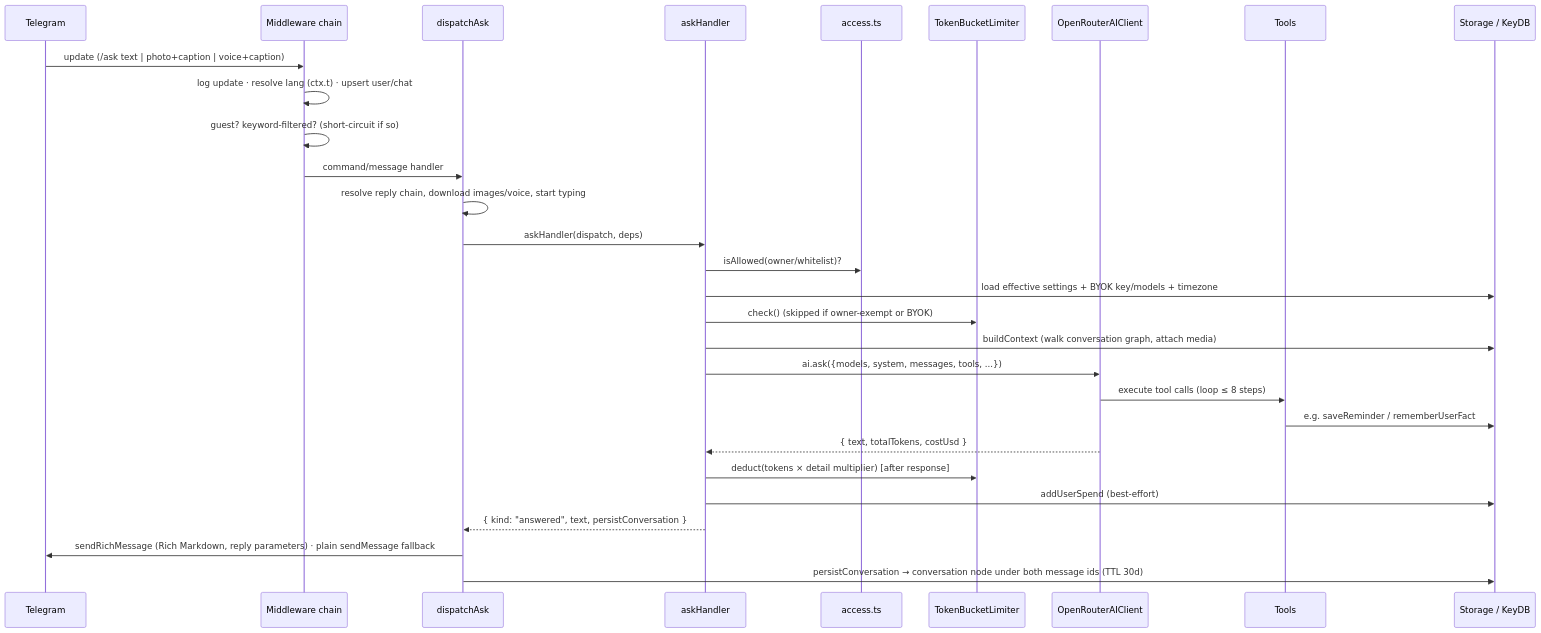
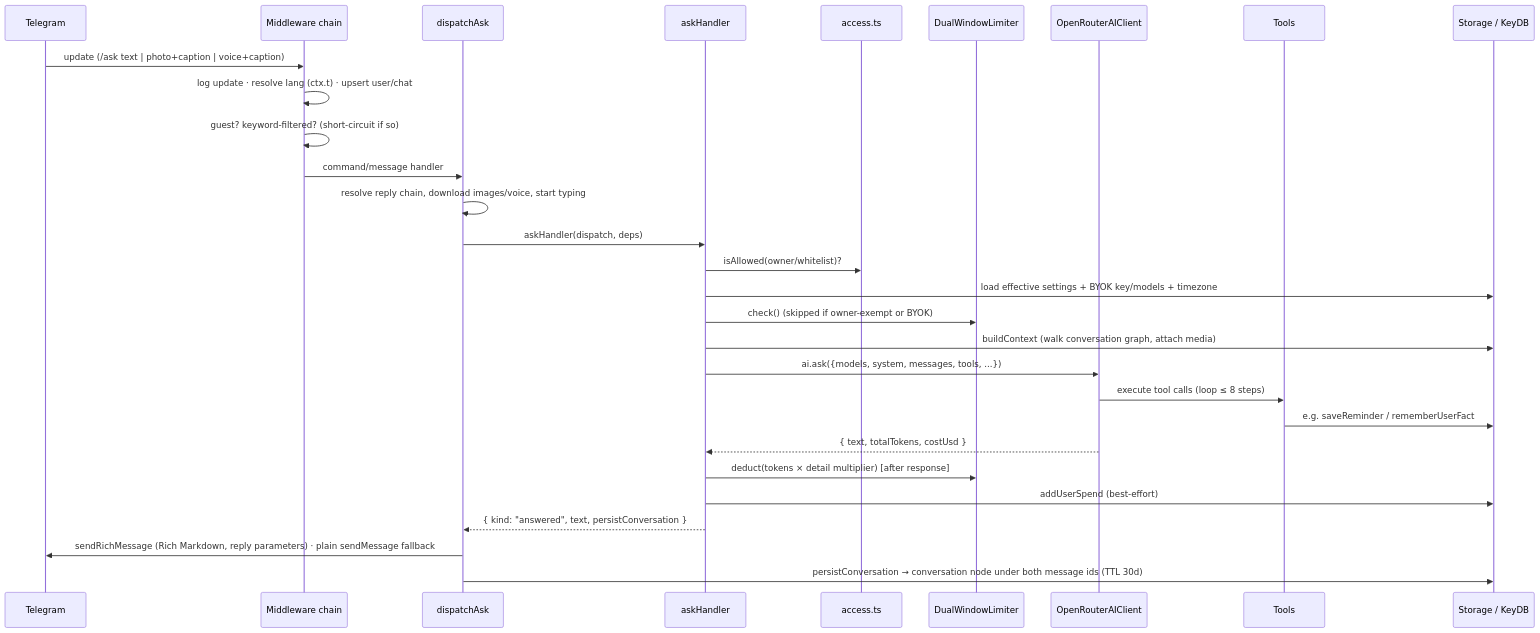
Before and after one commit to The-Fisher-Slopworks-Co/any_talker: the second of 3 diagrams in docs/ARCHITECTURE.md, drawn with Mermaid. The commit also changed other lines of this file and 32 other files, not shown here.

````diff
--- a/docs/ARCHITECTURE.md
+++ b/docs/ARCHITECTURE.md
@@ -314,32 +314,32 @@
 ```mermaid
 sequenceDiagram
     participant TG as Telegram
     participant MW as Middleware chain
     participant D as dispatchAsk
     participant H as askHandler
     participant ACC as access.ts
-    participant RL as TokenBucketLimiter
+    participant RL as DualWindowLimiter
     participant AI as OpenRouterAIClient
     participant T as Tools
     participant S as Storage / KeyDB
 
     TG->>MW: update (/ask text | photo+caption | voice+caption)
     MW->>MW: log update · resolve lang (ctx.t) · upsert user/chat
     MW->>MW: guest? keyword-filtered? (short-circuit if so)
     MW->>D: command/message handler
     D->>D: resolve reply chain, download images/voice, start typing
     D->>H: askHandler(dispatch, deps)
     H->>ACC: isAllowed(owner/whitelist)?
     H->>S: load effective settings + BYOK key/models + timezone
     H->>RL: check() (skipped if owner-exempt or BYOK)
     H->>S: buildContext (walk conversation graph, attach media)
     H->>AI: ai.ask({models, system, messages, tools, ...})
     AI->>T: execute tool calls (loop ≤ 8 steps)
     T->>S: e.g. saveReminder / rememberUserFact
     AI-->>H: { text, totalTokens, costUsd }
     H->>RL: deduct(tokens × detail multiplier)  [after response]
     H->>S: addUserSpend (best-effort)
     H-->>D: { kind: "answered", text, persistConversation }
     D->>TG: sendRichMessage (Rich Markdown, reply parameters) · plain sendMessage fallback
     D->>S: persistConversation → conversation node under both message ids (TTL 30d)
 ```
````
